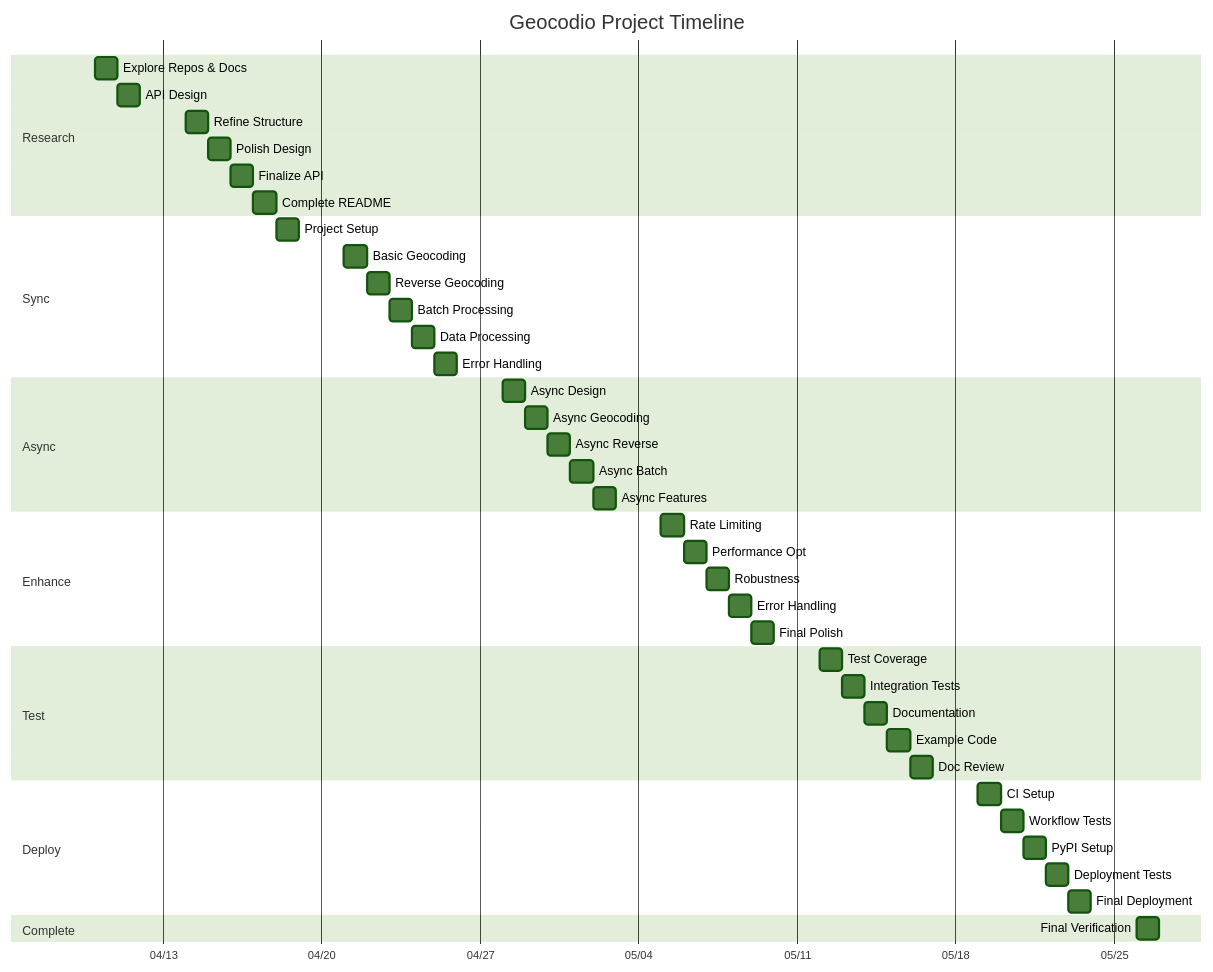
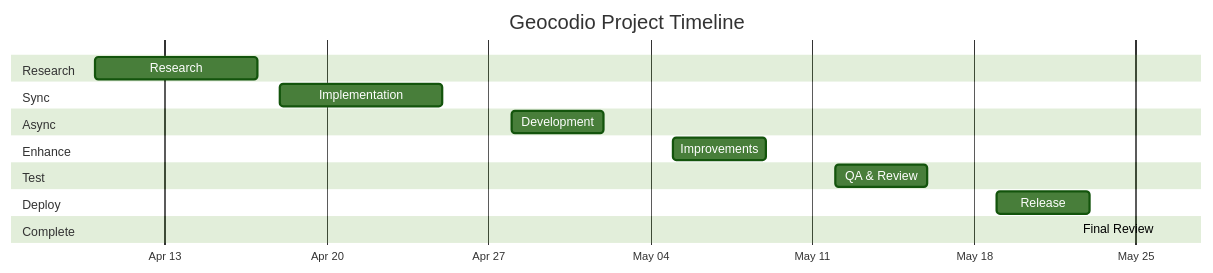
The first of 3 diagrams in project-docs/visual_timeline.md (Geocodio/geocodio-library-python), drawn with Mermaid (forest theme) before and after one commit.

Commit message:
Refactor visual timeline: consolidate sections for clarity, update date formats, and enhance readability

````diff
--- a/project-docs/visual_timeline.md
+++ b/project-docs/visual_timeline.md
@@ -16,53 +16,27 @@
 ```mermaid
 gantt
     title Geocodio Project Timeline
     dateFormat YYYY-MM-DD
-    axisFormat %m/%d
+    axisFormat %b %d
 
     section Research
-    Explore Repos & Docs :a1, 2025-04-10, 1d
-    API Design          :a2, 2025-04-11, 1d
-    Refine Structure    :a3, 2025-04-14, 1d
-    Polish Design       :a4, 2025-04-15, 1d
-    Finalize API        :a5, 2025-04-16, 1d
-    Complete README     :a6, 2025-04-17, 1d
+    Research           :2025-04-10, 2025-04-17
 
     section Sync
-    Project Setup       :b1, 2025-04-18, 1d
-    Basic Geocoding     :b2, 2025-04-21, 1d
-    Reverse Geocoding   :b3, 2025-04-22, 1d
-    Batch Processing    :b4, 2025-04-23, 1d
-    Data Processing     :b5, 2025-04-24, 1d
-    Error Handling      :b6, 2025-04-25, 1d
+    Implementation     :2025-04-18, 2025-04-25
 
     section Async
-    Async Design        :c1, 2025-04-28, 1d
-    Async Geocoding     :c2, 2025-04-29, 1d
-    Async Reverse       :c3, 2025-04-30, 1d
-    Async Batch         :c4, 2025-05-01, 1d
-    Async Features      :c5, 2025-05-02, 1d
+    Development        :2025-04-28, 2025-05-02
 
     section Enhance
-    Rate Limiting       :d1, 2025-05-05, 1d
-    Performance Opt     :d2, 2025-05-06, 1d
-    Robustness         :d3, 2025-05-07, 1d
-    Error Handling      :d4, 2025-05-08, 1d
-    Final Polish        :d5, 2025-05-09, 1d
+    Improvements       :2025-05-05, 2025-05-09
 
     section Test
-    Test Coverage       :e1, 2025-05-12, 1d
-    Integration Tests   :e2, 2025-05-13, 1d
-    Documentation      :e3, 2025-05-14, 1d
-    Example Code        :e4, 2025-05-15, 1d
-    Doc Review         :e5, 2025-05-16, 1d
+    QA & Review        :2025-05-12, 2025-05-16
 
     section Deploy
-    CI Setup           :f1, 2025-05-19, 1d
-    Workflow Tests     :f2, 2025-05-20, 1d
-    PyPI Setup         :f3, 2025-05-21, 1d
-    Deployment Tests   :f4, 2025-05-22, 1d
-    Final Deployment   :f5, 2025-05-23, 1d
+    Release            :2025-05-19, 2025-05-23
 
     section Complete
-    Final Verification :g1, 2025-05-26, 1d
+    Final Review      :2025-05-26, 2025-05-26
 ```
````
